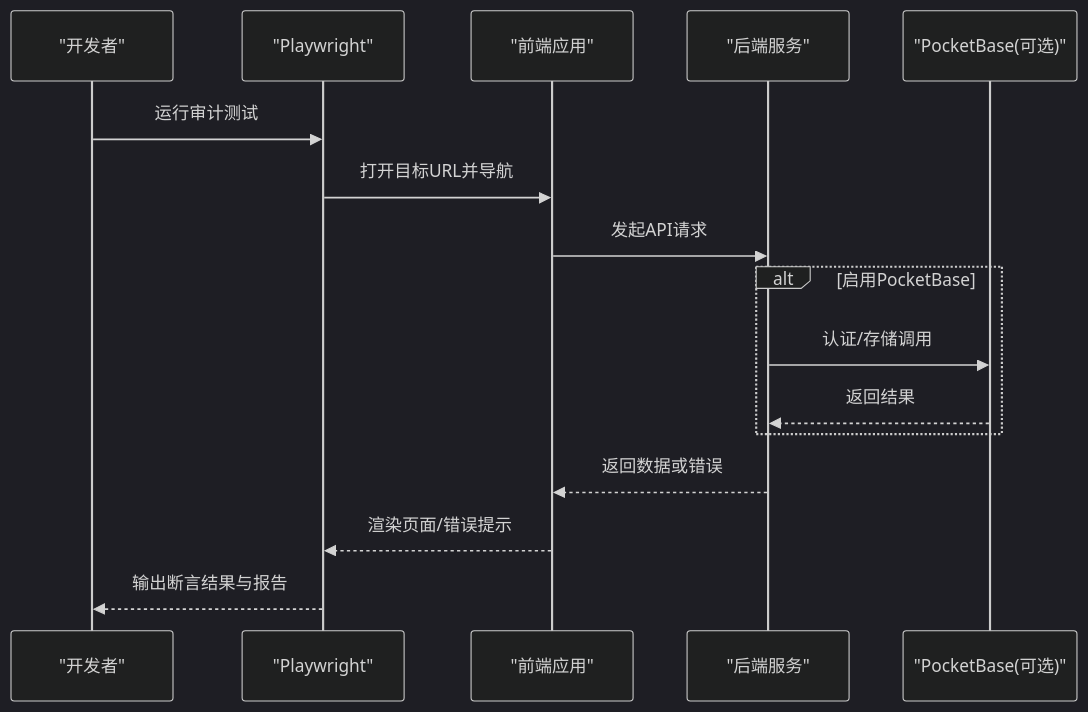
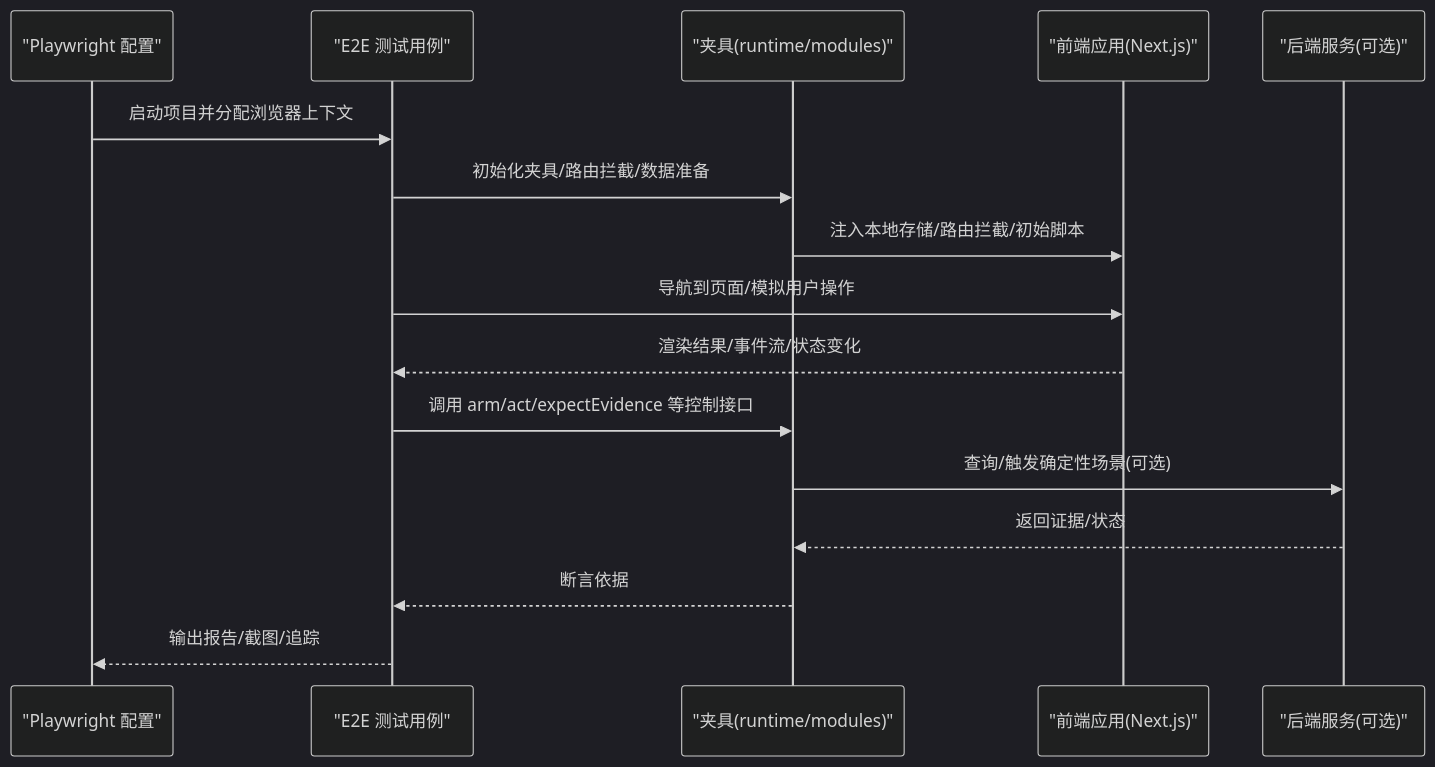
Before and after one commit to gongzili456/DeepTutor: the second of 10 diagrams in .qoder/repowiki/zh/content/测试策略/端到端测试.md, drawn with Mermaid (dark theme). The commit also changed other lines of this file and 1242 other files, not shown here.

````diff
--- a/.qoder/repowiki/zh/content/测试策略/端到端测试.md
+++ b/.qoder/repowiki/zh/content/测试策略/端到端测试.md
@@ -89,18 +100,18 @@
 ```mermaid
 sequenceDiagram
-participant Dev as "开发者"
-participant PW as "Playwright"
-participant FE as "前端应用"
-participant BE as "后端服务"
-participant PB as "PocketBase(可选)"
-Dev->>PW : 运行审计测试
-PW->>FE : 打开目标URL并导航
-FE->>BE : 发起API请求
-alt 启用PocketBase
-BE->>PB : 认证/存储调用
-PB-->>BE : 返回结果
-end
-BE-->>FE : 返回数据或错误
-FE-->>PW : 渲染页面/错误提示
-PW-->>Dev : 输出断言结果与报告
+participant PW as "Playwright 配置"
+participant Test as "E2E 测试用例"
+participant Fix as "夹具(runtime/modules)"
+participant App as "前端应用(Next.js)"
+participant BE as "后端服务(可选)"
+PW->>Test : 启动项目并分配浏览器上下文
+Test->>Fix : 初始化夹具/路由拦截/数据准备
+Fix->>App : 注入本地存储/路由拦截/初始脚本
+Test->>App : 导航到页面/模拟用户操作
+App-->>Test : 渲染结果/事件流/状态变化
+Test->>Fix : 调用 arm/act/expectEvidence 等控制接口
+Fix->>BE : 查询/触发确定性场景(可选)
+BE-->>Fix : 返回证据/状态
+Fix-->>Test : 断言依据
+Test-->>PW : 输出报告/截图/追踪
 ```
````
